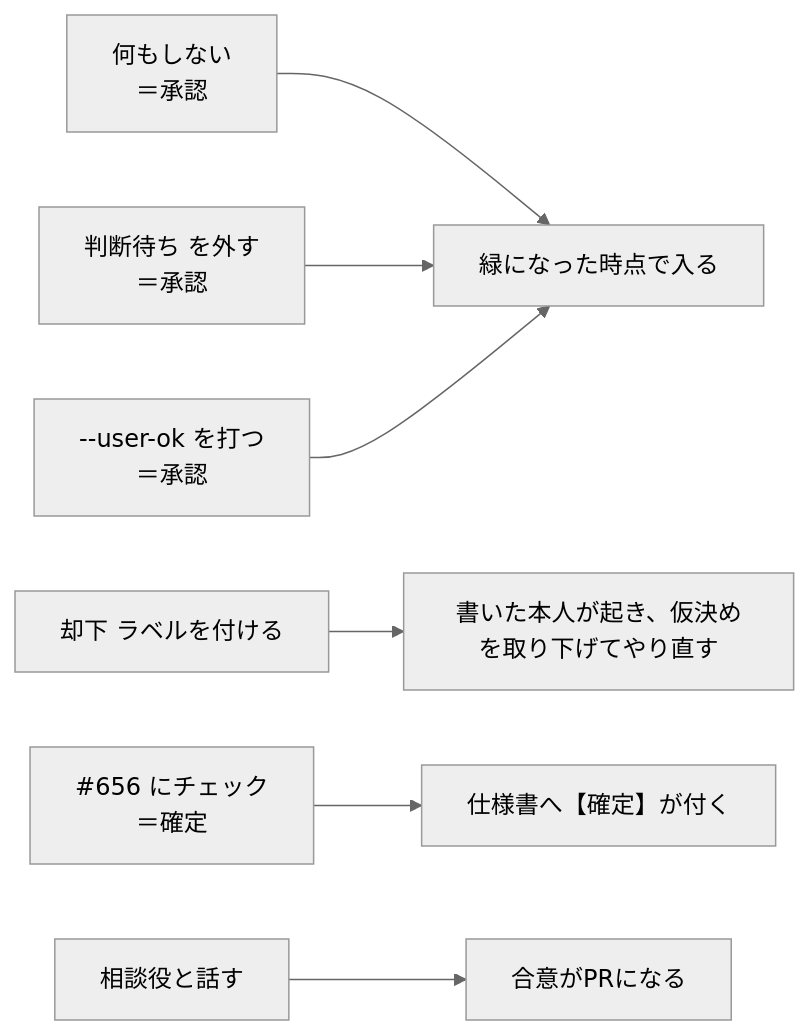
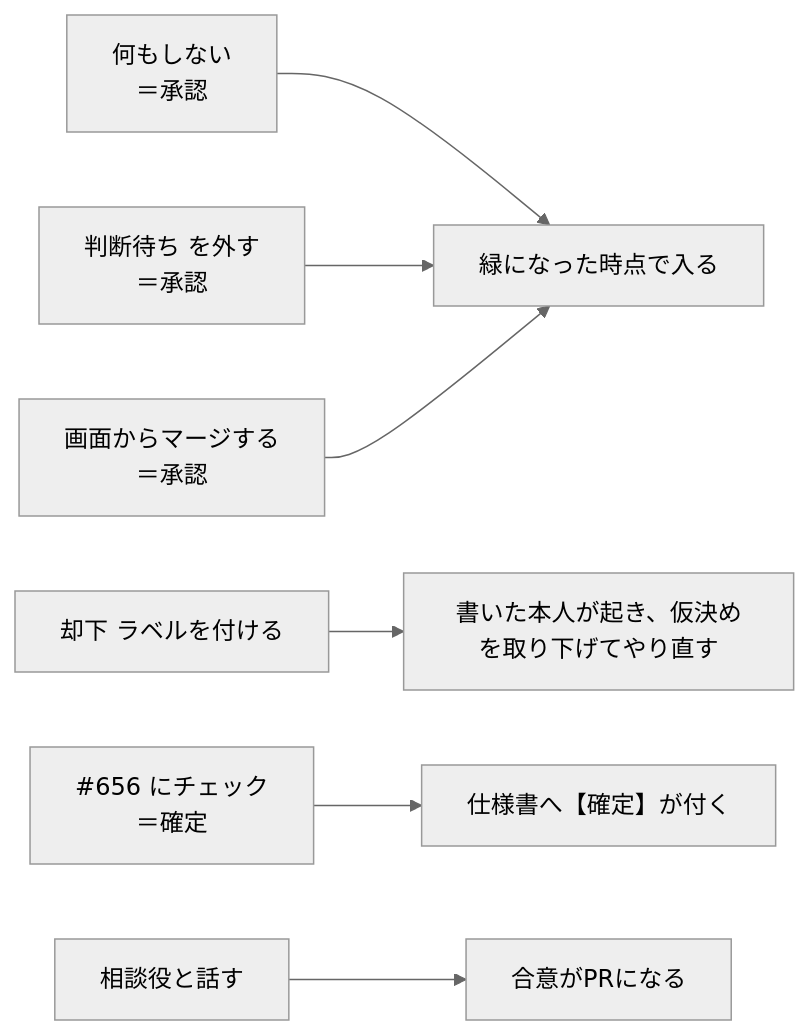
The fourth of 5 diagrams in docs/ParallelAgents.md (gooyyu1/UnmappedIsland), drawn with Mermaid (neutral theme) before and after one commit. The commit also changed other lines of this file and 3 other files, not shown here.

````diff
--- a/docs/ParallelAgents.md
+++ b/docs/ParallelAgents.md
@@ -289,9 +289,9 @@
 ```mermaid
 flowchart LR
     A["何もしない<br/>＝承認"] --> Done["緑になった時点で入る"]
     E["判断待ち を外す<br/>＝承認"] --> Done
-    F["--user-ok を打つ<br/>＝承認"] --> Done
+    F["画面からマージする<br/>＝承認"] --> Done
     B["却下 ラベルを付ける"] --> Fix["書いた本人が起き、仮決めを取り下げてやり直す"]
     C["#656 にチェック<br/>＝確定"] --> Mark["仕様書へ【確定】が付く"]
     D["相談役と話す"] --> Decide["合意がPRになる"]
 ```
````
